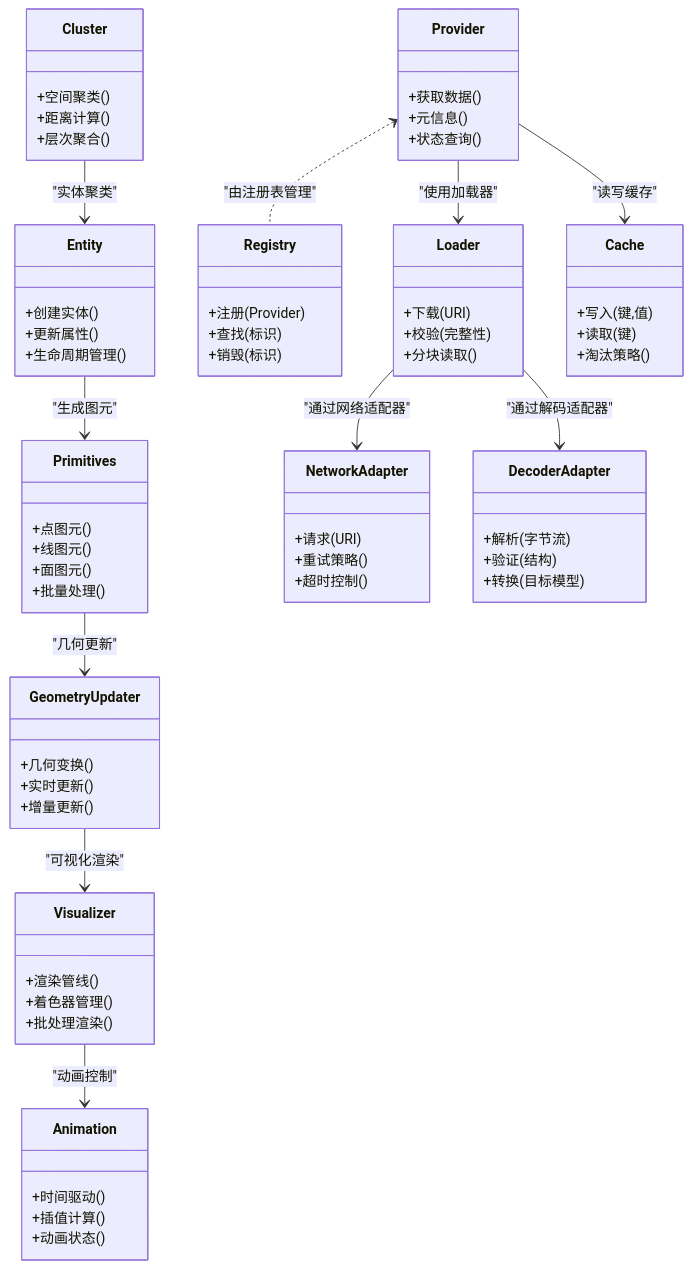
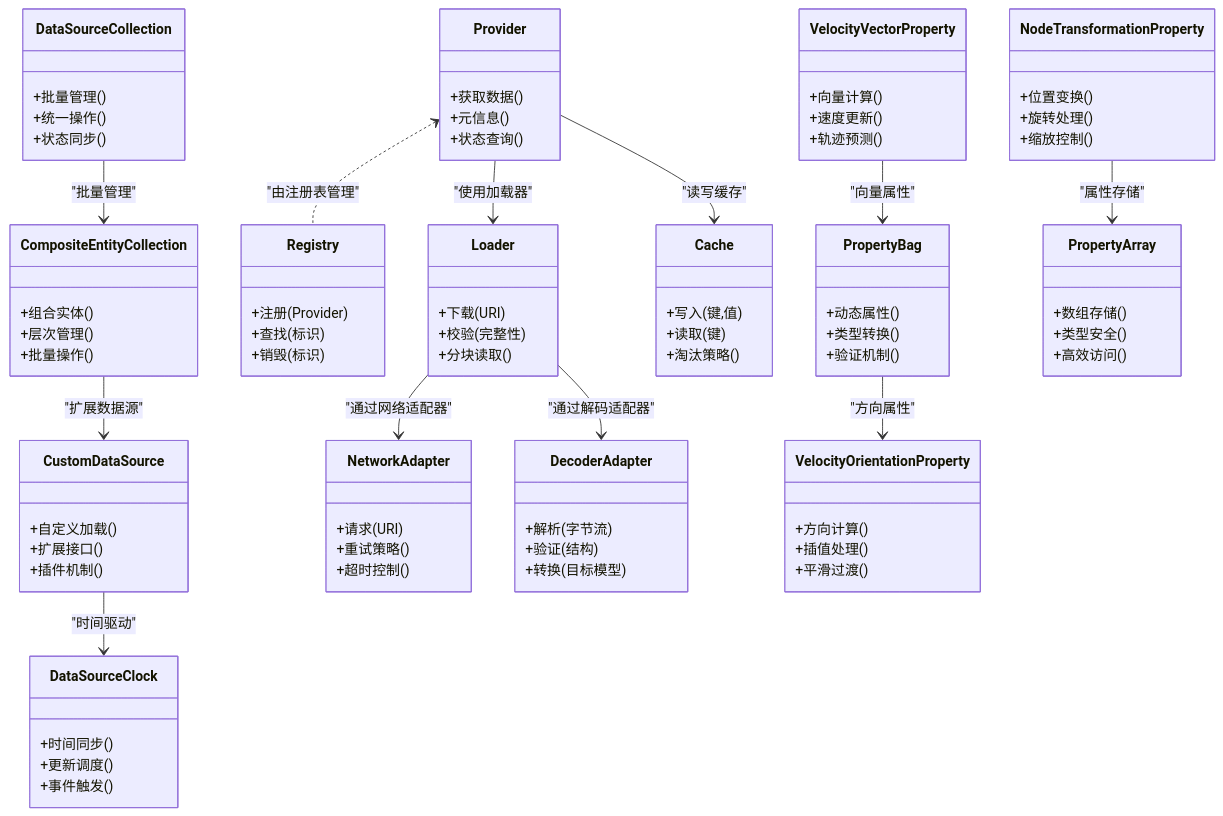
The second of 6 diagrams in .qoder/repowiki/zh/content/项目概述/核心特性/地理空间数据处理/数据源框架.md (rzhangjing/cesium), drawn with Mermaid before and after one commit. The commit also changed other lines of this file and 56 other files, not shown here.

````diff
--- a/.qoder/repowiki/zh/content/项目概述/核心特性/地理空间数据处理/数据源框架.md
+++ b/.qoder/repowiki/zh/content/项目概述/核心特性/地理空间数据处理/数据源框架.md
@@ -174,36 +225,50 @@
 +读取(键)
 +淘汰策略()
 }
-class Entity {
-+创建实体()
-+更新属性()
-+生命周期管理()
+class CompositeEntityCollection {
++组合实体()
++层次管理()
++批量操作()
 }
-class Primitives {
-+点图元()
-+线图元()
-+面图元()
-+批量处理()
+class CustomDataSource {
++自定义加载()
++扩展接口()
++插件机制()
 }
-class GeometryUpdater {
-+几何变换()
-+实时更新()
-+增量更新()
+class DataSourceClock {
++时间同步()
++更新调度()
++事件触发()
 }
-class Visualizer {
-+渲染管线()
-+着色器管理()
-+批处理渲染()
+class DataSourceCollection {
++批量管理()
++统一操作()
++状态同步()
 }
-class Animation {
-+时间驱动()
-+插值计算()
-+动画状态()
+class NodeTransformationProperty {
++位置变换()
++旋转处理()
++缩放控制()
 }
-class Cluster {
-+空间聚类()
-+距离计算()
-+层次聚合()
+class PropertyArray {
++数组存储()
++类型安全()
++高效访问()
+}
+class PropertyBag {
++动态属性()
++类型转换()
++验证机制()
+}
+class VelocityOrientationProperty {
++方向计算()
++插值处理()
++平滑过渡()
+}
+class VelocityVectorProperty {
++向量计算()
++速度更新()
++轨迹预测()
 }
 class NetworkAdapter {
 +请求(URI)
@@ -218,11 +283,12 @@
 Provider <.. Registry : "由注册表管理"
 Provider --> Loader : "使用加载器"
 Provider --> Cache : "读写缓存"
-Entity --> Primitives : "生成图元"
-Primitives --> GeometryUpdater : "几何更新"
-GeometryUpdater --> Visualizer : "可视化渲染"
-Visualizer --> Animation : "动画控制"
-Cluster --> Entity : "实体聚类"
+CompositeEntityCollection --> CustomDataSource : "扩展数据源"
+CustomDataSource --> DataSourceClock : "时间驱动"
+DataSourceCollection --> CompositeEntityCollection : "批量管理"
+NodeTransformationProperty --> PropertyArray : "属性存储"
+PropertyBag --> VelocityOrientationProperty : "方向属性"
+VelocityVectorProperty --> PropertyBag : "向量属性"
 Loader --> NetworkAdapter : "通过网络适配器"
 Loader --> DecoderAdapter : "通过解码适配器"
 ```
````
